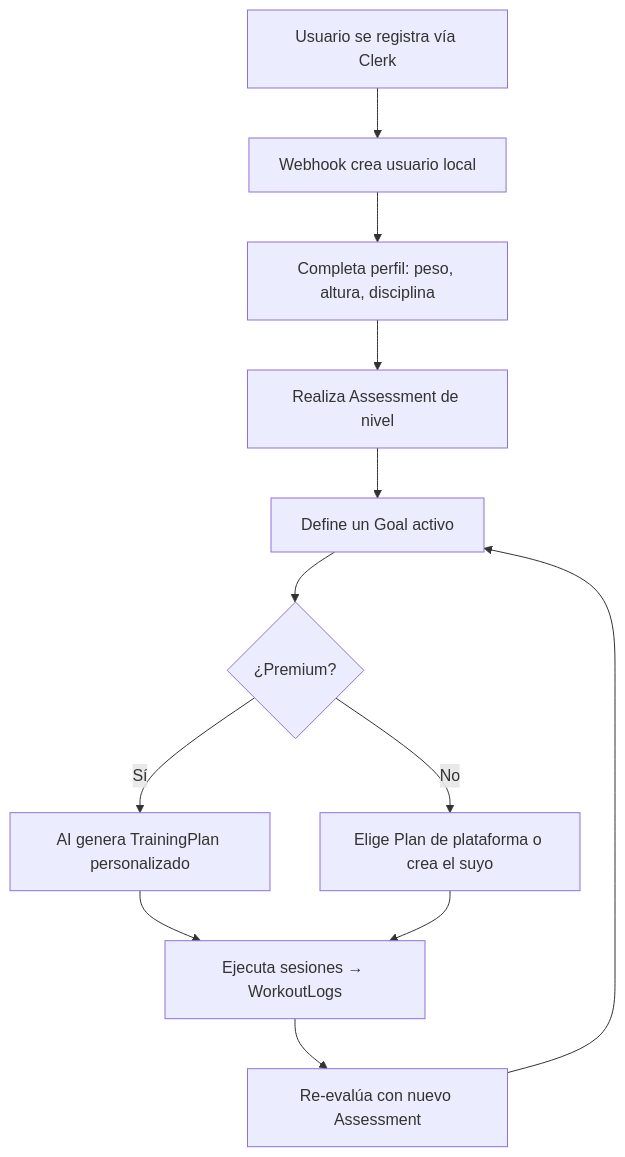
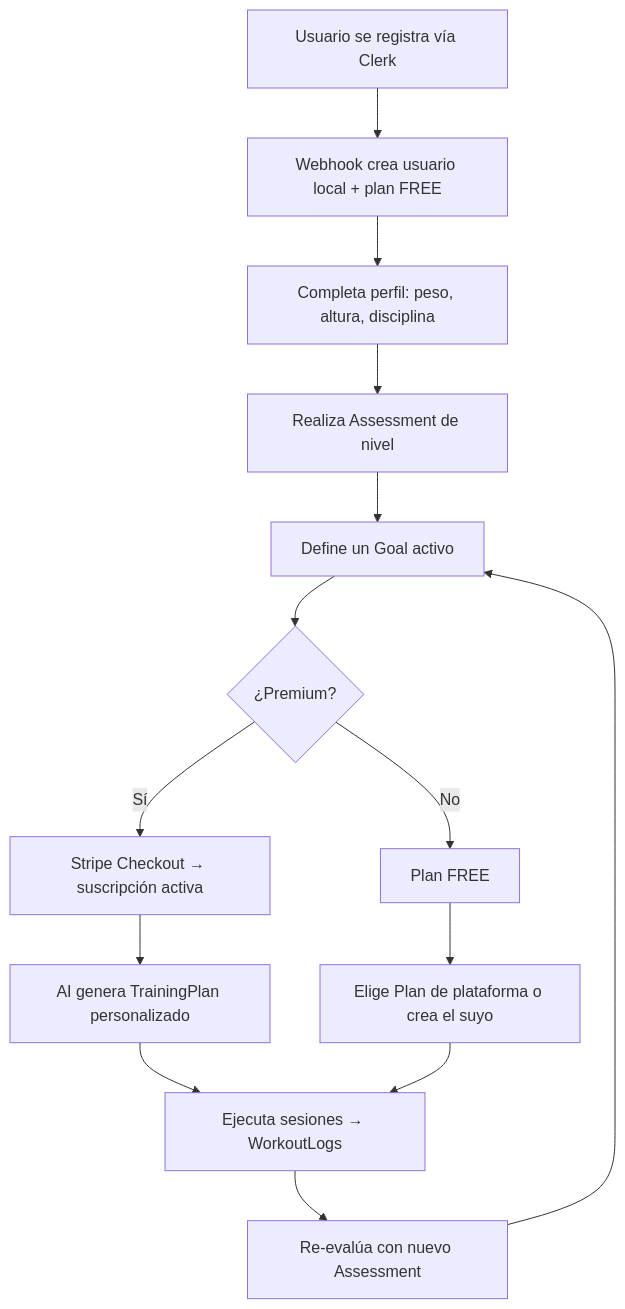
One commit to Discordante/only-climb-api changed the second of 2 diagrams in README.md. Above: the diagram before and after it, drawn with Mermaid. The commit also changed other lines of this file, not shown here.

````diff
--- a/README.md
+++ b/README.md
@@ -294,14 +371,16 @@
 ```mermaid
 flowchart TD
-    A[Usuario se registra vía Clerk] --> B[Webhook crea usuario local]
+    A[Usuario se registra vía Clerk] --> B[Webhook crea usuario local + plan FREE]
     B --> C[Completa perfil: peso, altura, disciplina]
     C --> D[Realiza Assessment de nivel]
     D --> E[Define un Goal activo]
     E --> F{¿Premium?}
-    F -->|Sí| G[AI genera TrainingPlan personalizado]
-    F -->|No| H[Elige Plan de plataforma o crea el suyo]
-    G --> I[Ejecuta sesiones → WorkoutLogs]
-    H --> I
-    I --> J[Re-evalúa con nuevo Assessment]
-    J --> E
+    F -->|Sí| G[Stripe Checkout → suscripción activa]
+    F -->|No| H[Plan FREE]
+    G --> I[AI genera TrainingPlan personalizado]
+    H --> J[Elige Plan de plataforma o crea el suyo]
+    I --> K[Ejecuta sesiones → WorkoutLogs]
+    J --> K
+    K --> L[Re-evalúa con nuevo Assessment]
+    L --> E
 ```
````
